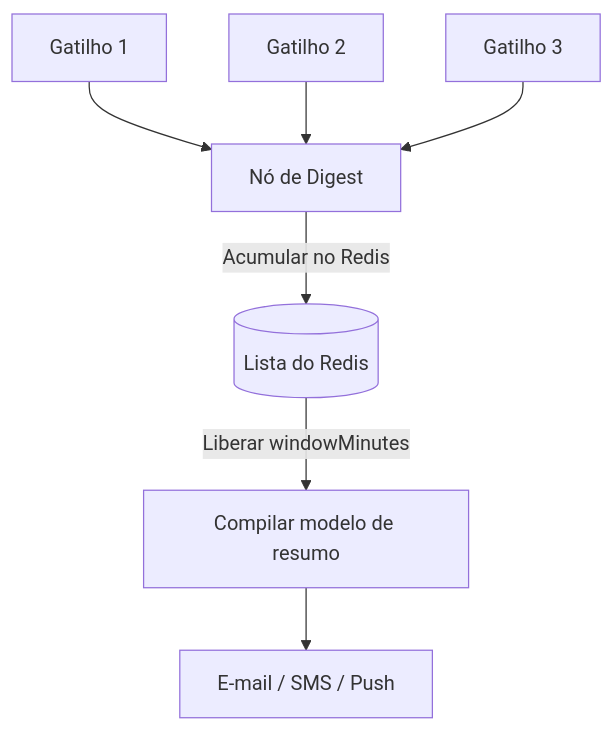
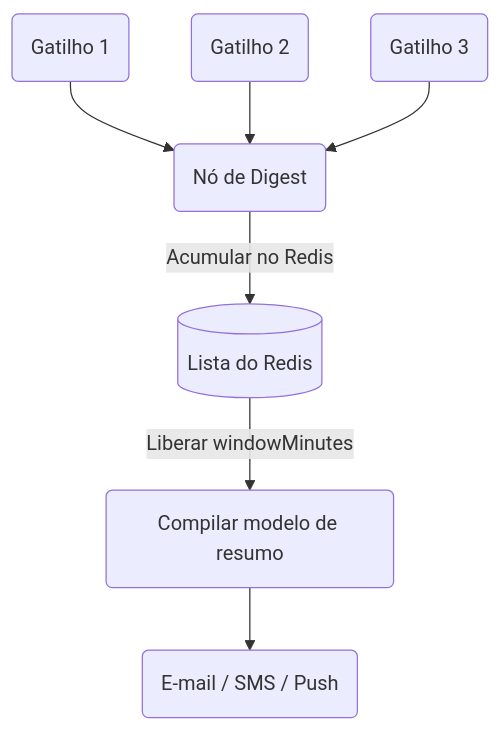
One commit to KriyanshKhunt/nexus_docs changed the first of 2 diagrams in content/docs/pt/platform/features/digest-throttle.mdx. Above: the diagram before and after it, drawn with Mermaid. The commit also changed other lines of this file and 20 other files, not shown here.

Commit message:
Handle pt Mermaid charts

````diff
--- a/content/docs/pt/platform/features/digest-throttle.mdx
+++ b/content/docs/pt/platform/features/digest-throttle.mdx
@@ -16,9 +16,9 @@
 ```mermaid
 flowchart TD
-  T1[Gatilho 1] --> D[Nó de Digest]
-  T2[Gatilho 2] --> D
-  T3[Gatilho 3] --> D
+  T1(Gatilho 1) --> D(Nó de Digest)
+  T2(Gatilho 2) --> D
+  T3(Gatilho 3) --> D
   D -->|Acumular no Redis| Redis[(Lista do Redis)]
-  Redis -->|Liberar windowMinutes| Compile[Compilar modelo de resumo]
-  Compile --> Channel[E-mail / SMS / Push]
+  Redis -->|Liberar windowMinutes| Compile(Compilar modelo de resumo)
+  Compile --> Channel(E-mail / SMS / Push)
 ```
````
